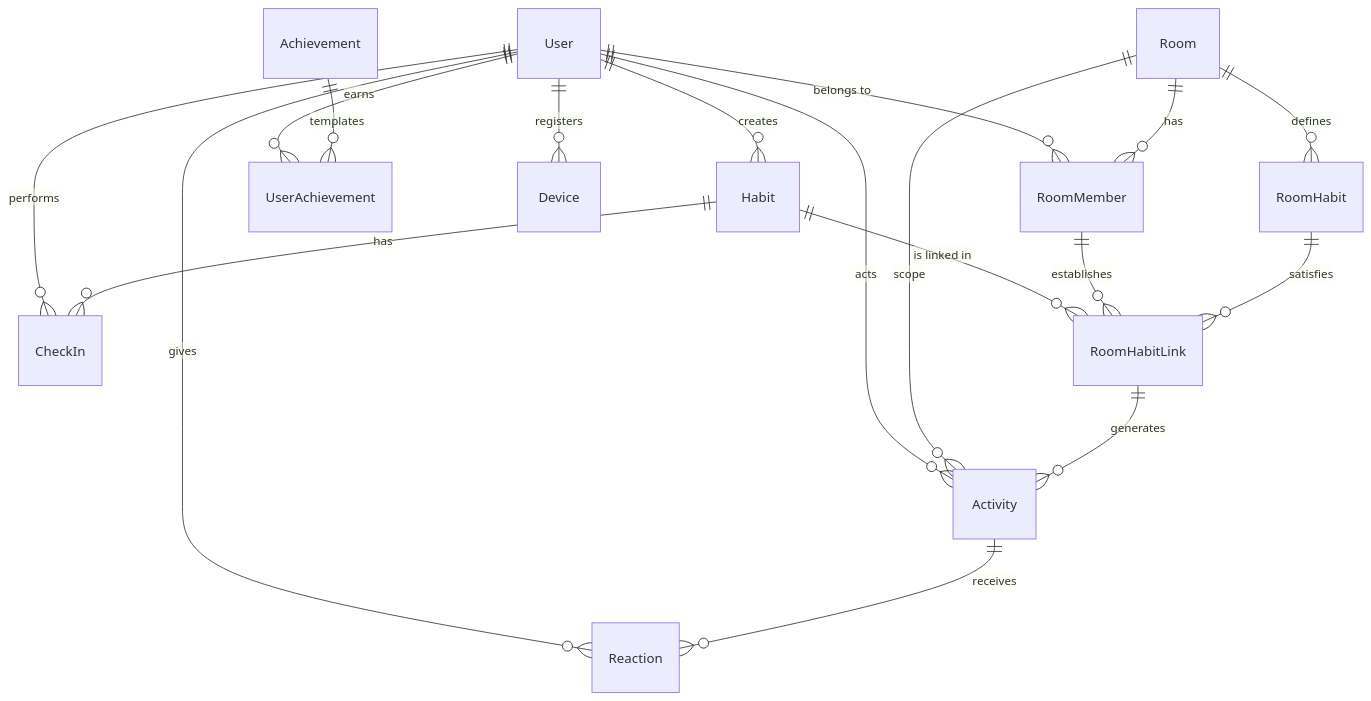
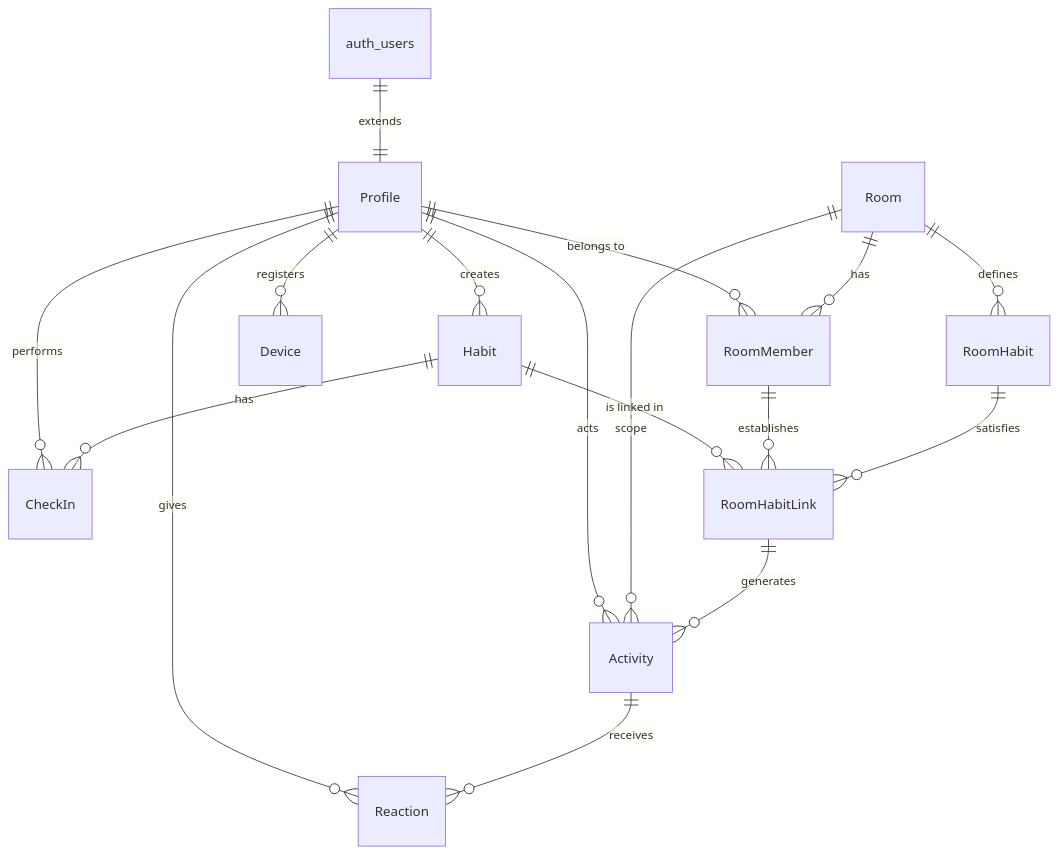
The diagram in docs/data_model.md (TharunAthithya/Final_streak), drawn with Mermaid before and after one commit. The commit also changed other lines of this file and 252 other files, not shown here.

First line of the commit message:
feat: Migrate to Supabase-first serverless architecture & upgrade Expo to SDK 56

````diff
--- a/docs/data_model.md
+++ b/docs/data_model.md
@@ -6,20 +9,19 @@
 ```mermaid
 erDiagram
-    User ||--o{ Habit : "creates"
-    User ||--o{ CheckIn : "performs"
-    User ||--o{ RoomMember : "belongs to"
-    User ||--o{ Activity : "acts"
-    User ||--o{ Reaction : "gives"
-    User ||--o{ UserAchievement : "earns"
-    User ||--o{ Device : "registers"
+    auth_users ||--|| Profile : "extends"
+    Profile ||--o{ Habit : "creates"
+    Profile ||--o{ CheckIn : "performs"
+    Profile ||--o{ RoomMember : "belongs to"
+    Profile ||--o{ Activity : "acts"
+    Profile ||--o{ Reaction : "gives"
+    Profile ||--o{ Device : "registers"
     Habit ||--o{ CheckIn : "has"
     Habit ||--o{ RoomHabitLink : "is linked in"
     Room ||--o{ RoomMember : "has"
     Room ||--o{ RoomHabit : "defines"
     Room ||--o{ Activity : "scope"
     RoomMember ||--o{ RoomHabitLink : "establishes"
     RoomHabit ||--o{ RoomHabitLink : "satisfies"
     RoomHabitLink ||--o{ Activity : "generates"
     Activity ||--o{ Reaction : "receives"
-    Achievement ||--o{ UserAchievement : "templates"
 ```
````
